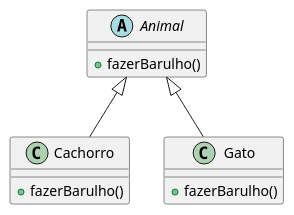
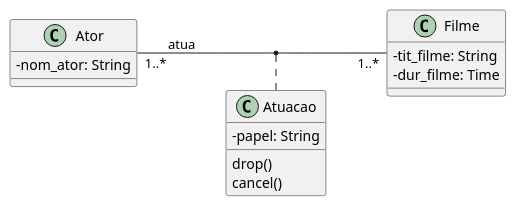
The third of 3 diagrams in teste.puml (LeonardoVieiraGuimaraes/OrientacaoObjetos), drawn with PlantUML before and after one commit. The commit also changed other lines of this file and 1 other file, not shown here.

```diff
--- a/teste.puml
+++ b/teste.puml
@@ -1,16 +41,27 @@
 @startuml
-abstract class Animal {
-    + fazerBarulho()
+left to right direction
+skinparam classAttributeIconSize 0
+class Ator {
+    - nom_ator: String
 }
 
-class Cachorro {
-    + fazerBarulho()
+class Filme {
+    - tit_filme: String
+    - dur_filme: Time
 }
 
-class Gato {
-    + fazerBarulho()
+class Atuacao {
+    - papel: String
 }
 
-Animal <|-- Cachorro
-Animal <|-- Gato
+
+
+Ator "1..*" -- "1..*" Filme : atua
+(Ator, Filme) .. Atuacao
+class Atuacao {
+  drop()
+  cancel()
+}
+
+
 @enduml
```
